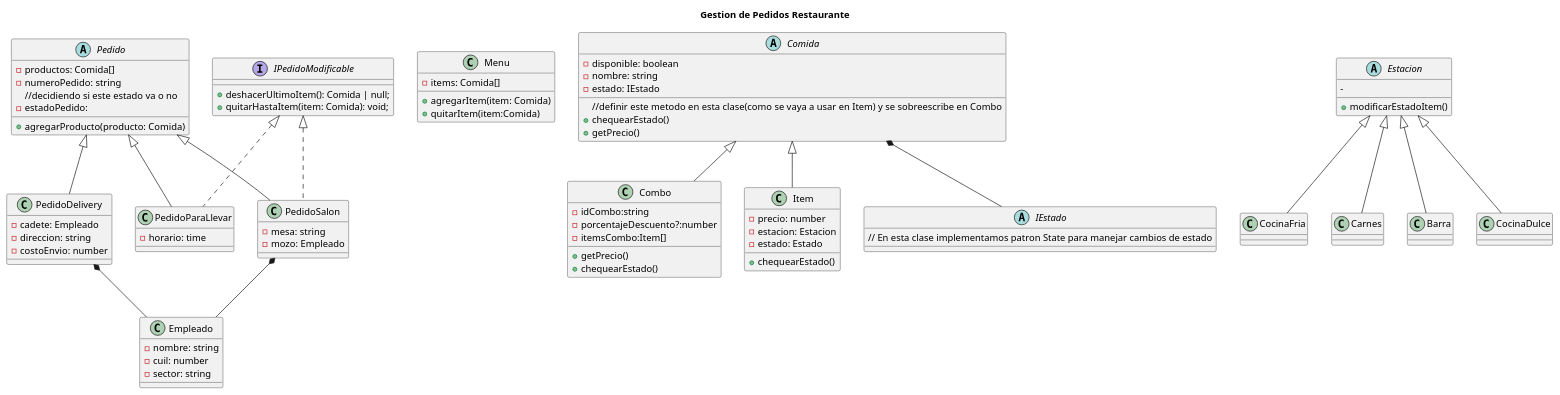
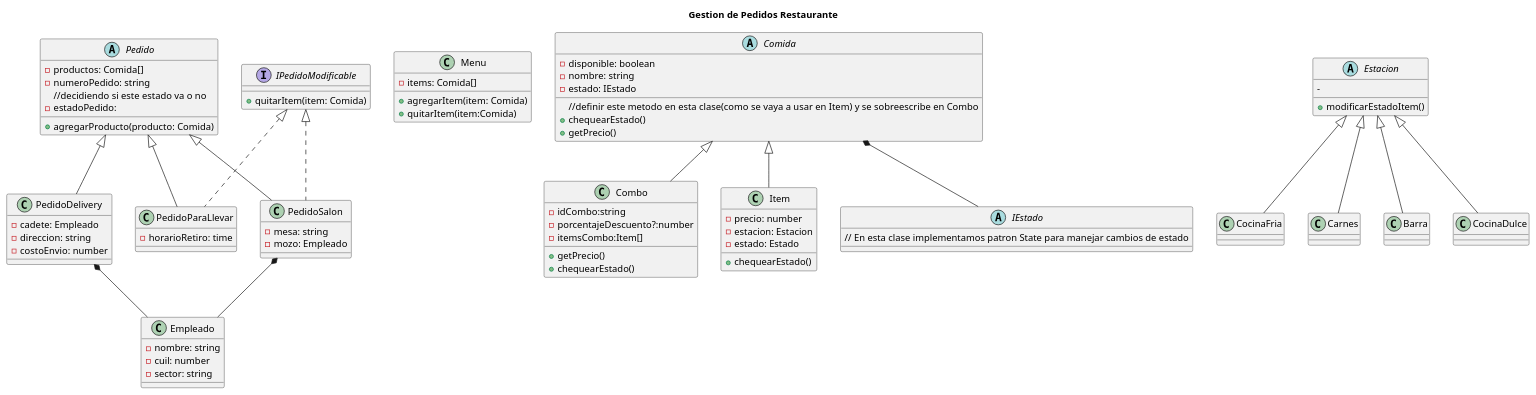
Before and after one commit to FedericoGonzalez1988/tp_prog2_grupo8: the diagram in diagrams/clases.puml, drawn with PlantUML. The commit also changed 2 other files, not shown here.

```diff
--- a/diagrams/clases.puml
+++ b/diagrams/clases.puml
@@ -1,111 +1,109 @@
 @startuml Gestion de Pedidos Restaurante
 
 title Gestion de Pedidos Restaurante
 
 abstract class Pedido {
 
 
     -productos: Comida[]
     -numeroPedido: string
     //decidiendo si este estado va o no
     -estadoPedido: 
-
+    
     +agregarProducto(producto: Comida)
 
 }
 
 class PedidoSalon extends Pedido implements IPedidoModificable {
     -mesa: string
     -mozo: Empleado
 }
 
 class PedidoDelivery extends Pedido {
     -cadete: Empleado
     -direccion: string
     -costoEnvio: number
 }
 
 class PedidoParaLlevar extends Pedido  implements IPedidoModificable {
 
-    -horario: time
+    -horarioRetiro: time
 
 }
 
 class Menu {
 
     -items: Comida[]
     +agregarItem(item: Comida)
     +quitarItem(item:Comida)
 
 }
 abstract class Comida {
     -disponible: boolean
     -nombre: string
     -estado: IEstado
     //definir este metodo en esta clase(como se vaya a usar en Item) y se sobreescribe en Combo
     +chequearEstado()
     +getPrecio()
 
 }
 class Combo extends Comida {
 
     -idCombo:string
     -porcentajeDescuento?:number
     -itemsCombo:Item[]
     +getPrecio()
     +chequearEstado()
 
     'definir si se pueden agregar y quitar items cuando ya se creó el combo
     '+agregarItem(item: Item)
     '+eliminarItem(item: Item)
     
 }
 
 class Item extends Comida{
     -precio: number
     -estacion: Estacion
     -estado: Estado
     +chequearEstado()
 }
 
 abstract class IEstado {
 
     // En esta clase implementamos patron State para manejar cambios de estado
 }
 
 abstract class Estacion {
     -
     +modificarEstadoItem()
 }
 class CocinaFria extends Estacion{
 
 }
 
 class Carnes extends Estacion{
 
 }
 class Barra extends Estacion{
 
 }
 class CocinaDulce extends Estacion{
 
 }
 
 interface IPedidoModificable {
-    + deshacerUltimoItem(): Comida | null;
-    + quitarHastaItem(item: Comida): void;
+    +quitarItem(item: Comida)
 }
-
 
 class Empleado {
     - nombre: string
     - cuil: number
     - sector: string
 }
 
 
 Comida *-- IEstado
 PedidoDelivery *-- Empleado
 PedidoSalon *-- Empleado
 
 @enduml
```
